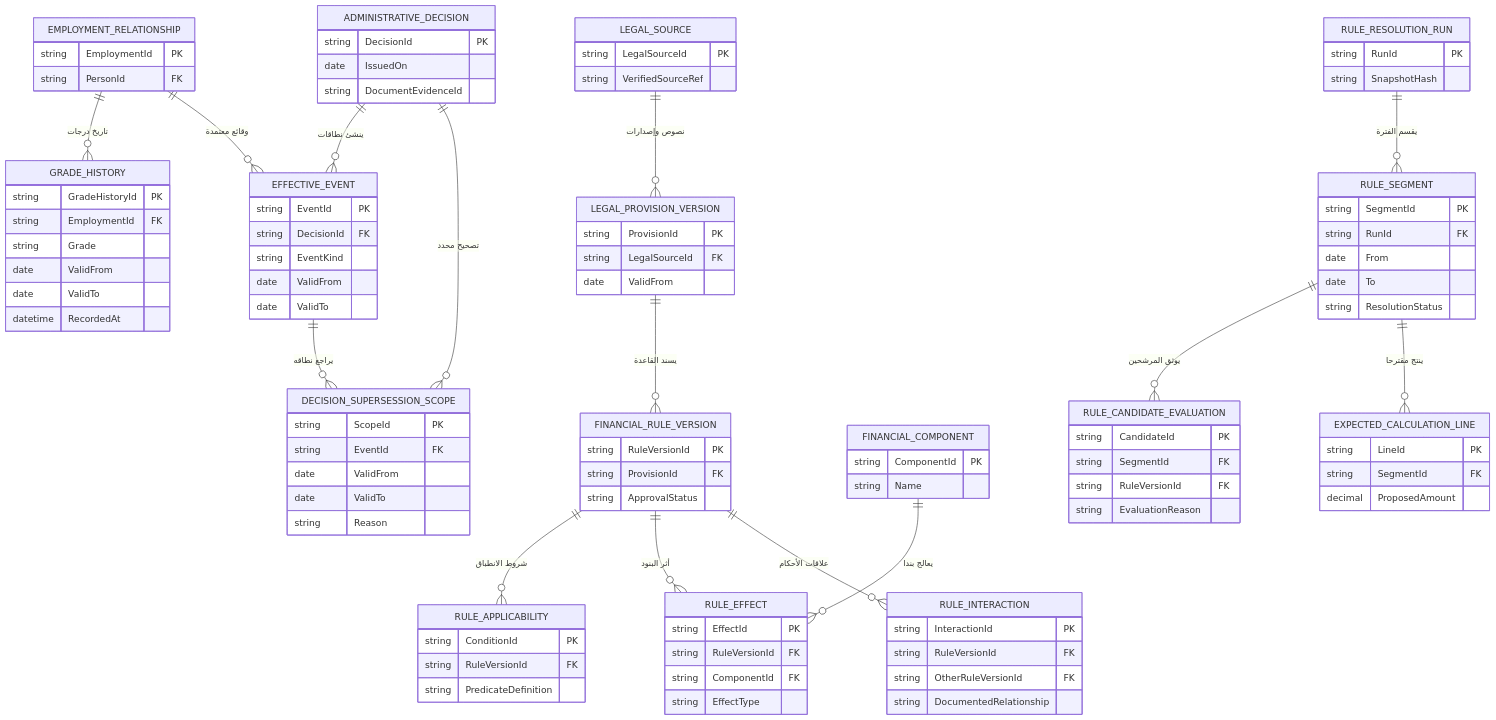
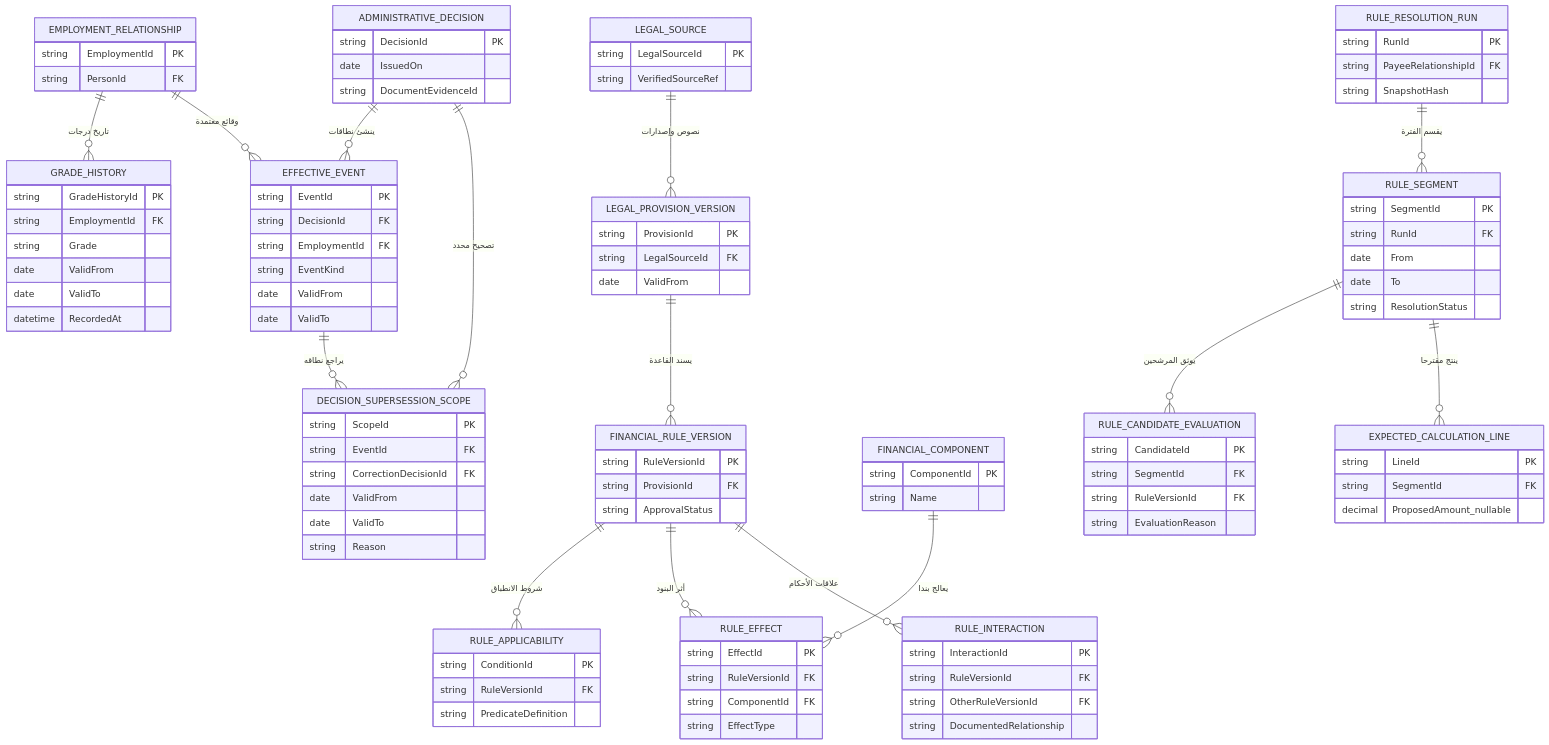
Before and after one commit to AlexandriaDeveloper/PayrollReviewSystem: the first of 2 diagrams in docs/examples/03-TEMPORAL-RULE-CONFLICT-EXAMPLE.md, drawn with Mermaid.

Commit message:
docs: align temporal ERD foreign keys and nullable proposed amount with example output

```diff
--- a/docs/examples/03-TEMPORAL-RULE-CONFLICT-EXAMPLE.md
+++ b/docs/examples/03-TEMPORAL-RULE-CONFLICT-EXAMPLE.md
@@ -100,6 +100,7 @@
   EFFECTIVE_EVENT {
     string EventId PK
     string DecisionId FK
+    string EmploymentId FK
     string EventKind
     date ValidFrom
     date ValidTo
@@ -107,6 +108,7 @@
   DECISION_SUPERSESSION_SCOPE {
     string ScopeId PK
     string EventId FK
+    string CorrectionDecisionId FK
     date ValidFrom
     date ValidTo
     string Reason
@@ -148,6 +150,7 @@
   }
   RULE_RESOLUTION_RUN {
     string RunId PK
+    string PayeeRelationshipId FK
     string SnapshotHash
   }
   RULE_SEGMENT {
@@ -166,6 +169,6 @@
   EXPECTED_CALCULATION_LINE {
     string LineId PK
     string SegmentId FK
-    decimal ProposedAmount
+    decimal ProposedAmount_nullable
   }
 ~~~
```
